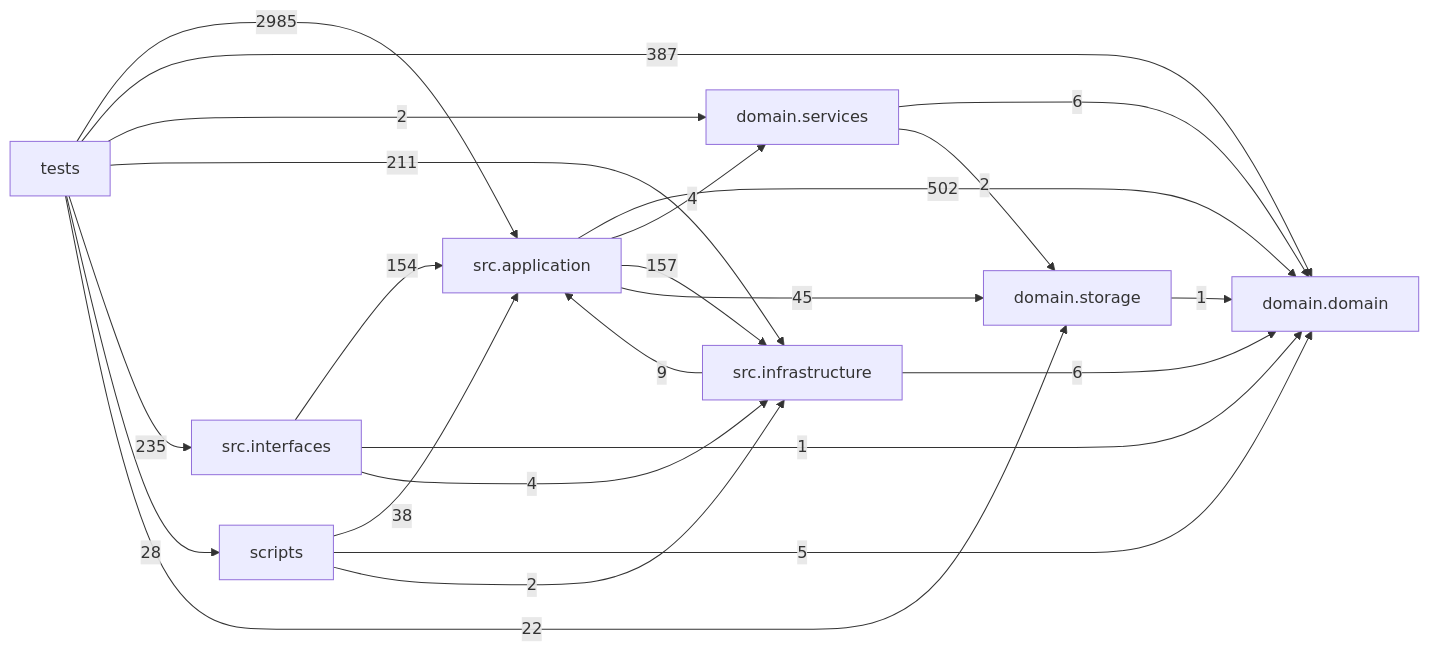
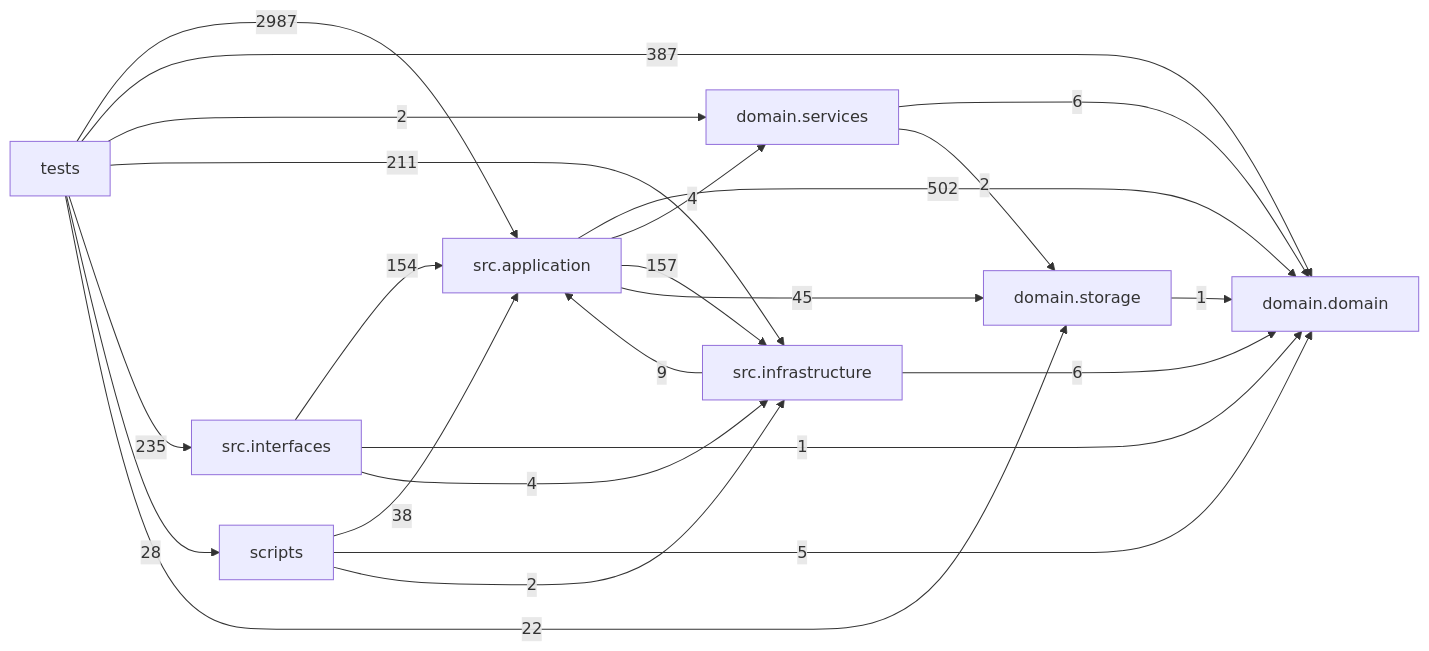
The diagram in docs/DEPENDENCY_GRAPH.md (liuxie066/options-monitor), drawn with Mermaid before and after one commit. The commit also changed other lines of this file, not shown here.

Commit message:
docs(graph): refresh dependency graph

````diff
--- a/docs/DEPENDENCY_GRAPH.md
+++ b/docs/DEPENDENCY_GRAPH.md
@@ -24,33 +24,33 @@
 ```mermaid
 flowchart LR
   tests["tests"]
   scripts["scripts"]
   interfaces["src.interfaces"]
   application["src.application"]
   infrastructure["src.infrastructure"]
   domain_services["domain.services"]
   domain["domain.domain"]
   storage["domain.storage"]
   application -->|502| domain
   application -->|4| domain_services
   application -->|157| infrastructure
   application -->|45| storage
   domain_services -->|6| domain
   domain_services -->|2| storage
   infrastructure -->|9| application
   infrastructure -->|6| domain
   interfaces -->|154| application
   interfaces -->|1| domain
   interfaces -->|4| infrastructure
   scripts -->|38| application
   scripts -->|5| domain
   scripts -->|2| infrastructure
   storage -->|1| domain
-  tests -->|2985| application
+  tests -->|2987| application
   tests -->|387| domain
   tests -->|2| domain_services
   tests -->|211| infrastructure
   tests -->|235| interfaces
   tests -->|28| scripts
   tests -->|22| storage
 ```
````
